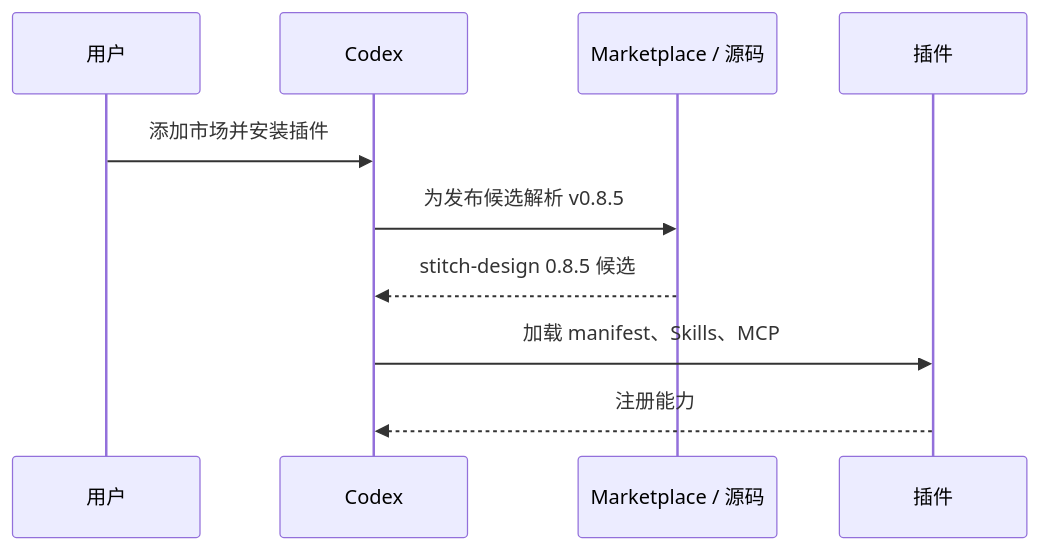
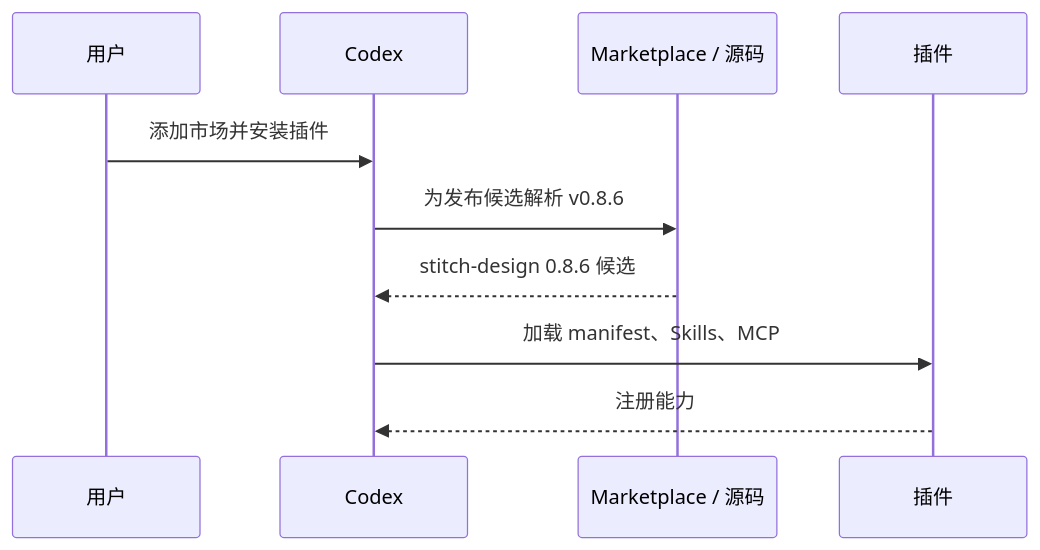
The seventh of 11 diagrams in docs/Stitch-Design-Architecture.zh_CN.md (full-stack-plugins/stitch-design-plugin), drawn with Mermaid before and after one commit. The commit also changed other lines of this file and 13 other files, not shown here.

````diff
--- a/docs/Stitch-Design-Architecture.zh_CN.md
+++ b/docs/Stitch-Design-Architecture.zh_CN.md
@@ -173,12 +173,12 @@
 ```mermaid
 sequenceDiagram
     participant U as 用户
     participant C as Codex
     participant M as Marketplace / 源码
     participant P as 插件
     U->>C: 添加市场并安装插件
-    C->>M: 为发布候选解析 v0.8.5
-    M-->>C: stitch-design 0.8.5 候选
+    C->>M: 为发布候选解析 v0.8.6
+    M-->>C: stitch-design 0.8.6 候选
     C->>P: 加载 manifest、Skills、MCP
     P-->>C: 注册能力
 ```
````
